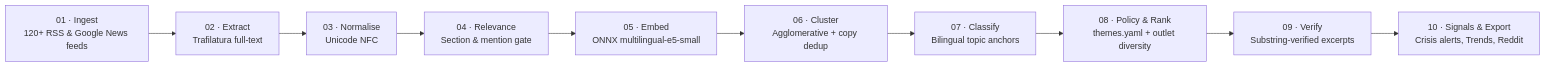
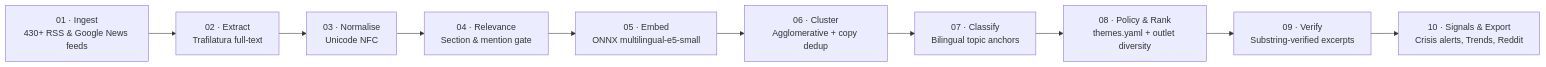
The diagram in README.md (gergkar-gif/argos-monitor), drawn with Mermaid before and after one commit. The commit also changed other lines of this file and 25 other files, not shown here.

````diff
--- a/README.md
+++ b/README.md
@@ -39,12 +39,12 @@
 ```mermaid
 flowchart LR
-    A["01 · Ingest<br/>120+ RSS & Google News feeds"] --> B["02 · Extract<br/>Trafilatura full-text"]
+    A["01 · Ingest<br/>430+ RSS & Google News feeds"] --> B["02 · Extract<br/>Trafilatura full-text"]
     B --> C["03 · Normalise<br/>Unicode NFC"]
     C --> D["04 · Relevance<br/>Section & mention gate"]
     D --> E["05 · Embed<br/>ONNX multilingual-e5-small"]
     E --> F["06 · Cluster<br/>Agglomerative + copy dedup"]
     F --> G["07 · Classify<br/>Bilingual topic anchors"]
     G --> H["08 · Policy & Rank<br/>themes.yaml + outlet diversity"]
     H --> I["09 · Verify<br/>Substring-verified excerpts"]
     I --> J["10 · Signals & Export<br/>Crisis alerts, Trends, Reddit"]
 ```
````
